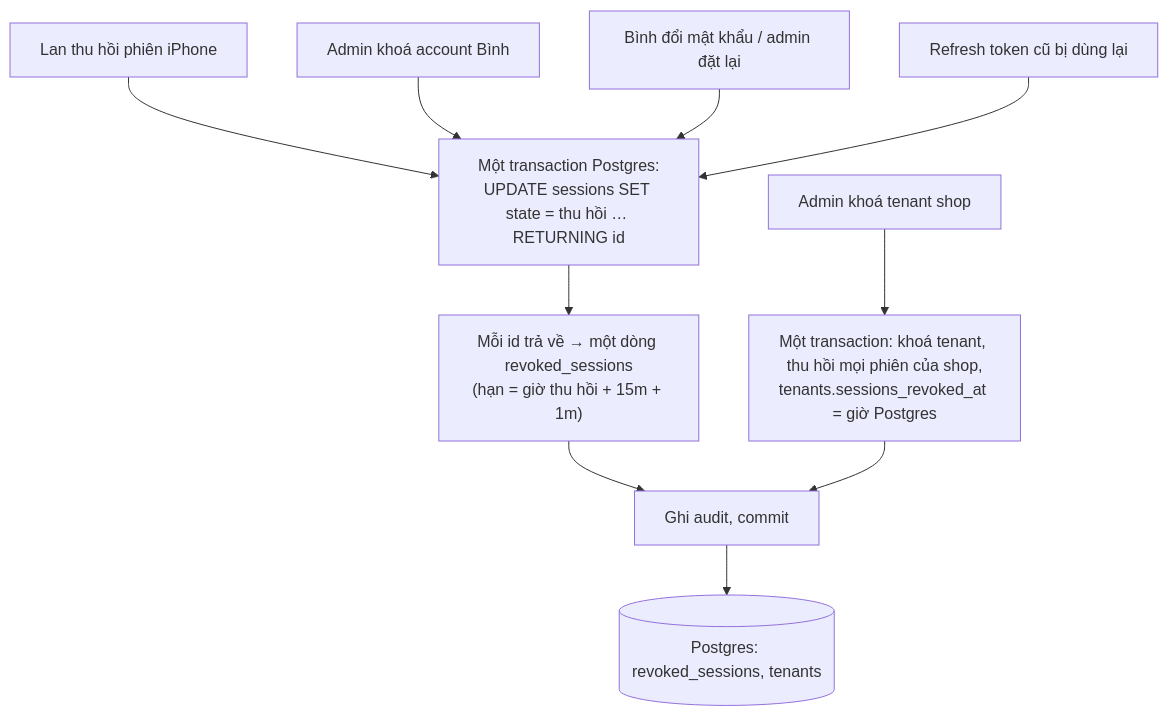
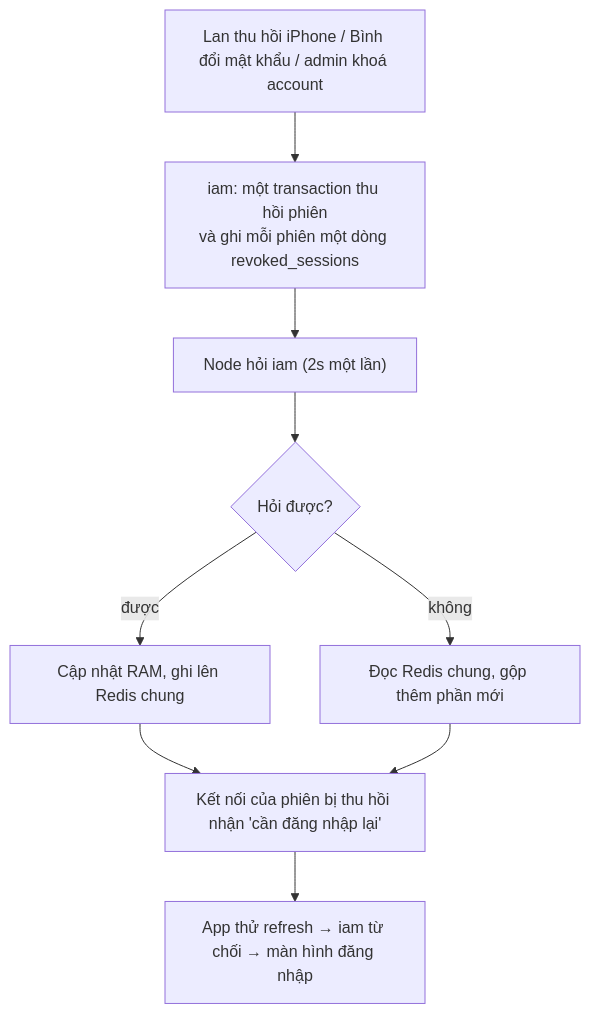
One commit to ivannguyendev/chatim changed the second of 4 diagrams in docs/plans/2026-10-27-m6-2-thu-hoi-toi-node-summary.md. Above: the diagram before and after it, drawn with Mermaid. The commit also changed other lines of this file, not shown here.

````diff
--- a/docs/plans/2026-10-27-m6-2-thu-hoi-toi-node-summary.md
+++ b/docs/plans/2026-10-27-m6-2-thu-hoi-toi-node-summary.md
@@ -90,12 +78,10 @@
 ```mermaid
 flowchart TD
-  A1["Lan thu hồi phiên iPhone"] --> T
-  A2["Admin khoá account Bình"] --> T
-  A3["Bình đổi mật khẩu / admin đặt lại"] --> T
-  A4["Refresh token cũ bị dùng lại"] --> T
-  T["Một transaction Postgres:<br/>UPDATE sessions SET state = thu hồi … RETURNING id"] --> R["Mỗi id trả về → một dòng revoked_sessions<br/>(hạn = giờ thu hồi + 15m + 1m)"]
-  R --> AU["Ghi audit, commit"]
-  B1["Admin khoá tenant shop"] --> TT["Một transaction: khoá tenant, thu hồi mọi phiên của shop,<br/>tenants.sessions_revoked_at = giờ Postgres"]
-  TT --> AU
-  AU --> DB[("Postgres: revoked_sessions, tenants")]
+  A["Lan thu hồi iPhone / Bình đổi mật khẩu / admin khoá account"] --> T["iam: một transaction thu hồi phiên<br/>và ghi mỗi phiên một dòng revoked_sessions"]
+  T --> P["Node hỏi iam (2s một lần)"]
+  P --> OK{"Hỏi được?"}
+  OK -->|được| U["Cập nhật RAM, ghi lên Redis chung"]
+  OK -->|không| R["Đọc Redis chung, gộp thêm phần mới"]
+  U & R --> S["Kết nối của phiên bị thu hồi nhận 'cần đăng nhập lại'"]
+  S --> F["App thử refresh → iam từ chối → màn hình đăng nhập"]
 ```
````
